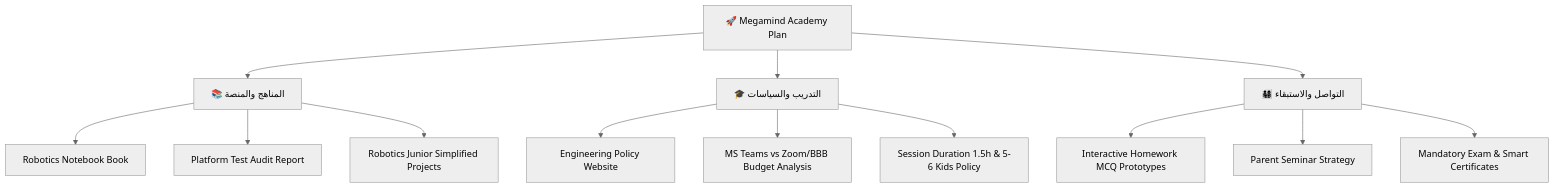
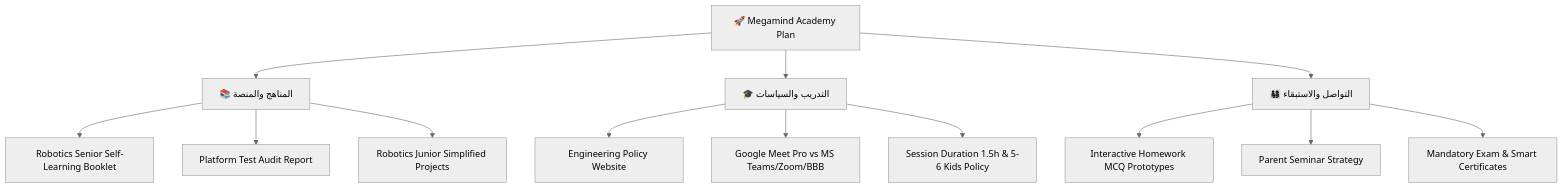
Before and after one commit to megamindAccademy/overview: the diagram in README.md, drawn with Mermaid (neutral theme). The commit also changed other lines of this file and 2 other files, not shown here.

Commit message:
Update Meeting Platforms task with empirical Google Meet Pro evaluation

````diff
--- a/README.md
+++ b/README.md
@@ -69,18 +70,18 @@
 ```mermaid
 flowchart TD
     A["🚀 Megamind Academy Plan"] --> B["📚 المناهج والمنصة"]
     A --> C["🎓 التدريب والسياسات"]
     A --> D["👨‍👩‍👧‍👦 التواصل والاستبقاء"]
     
-    B --> B1["Robotics Notebook Book"]
+    B --> B1["Robotics Senior Self-Learning Booklet"]
     B --> B2["Platform Test Audit Report"]
     B --> B3["Robotics Junior Simplified Projects"]
     
     C --> C1["Engineering Policy Website"]
-    C --> C2["MS Teams vs Zoom/BBB Budget Analysis"]
+    C --> C2["Google Meet Pro vs MS Teams/Zoom/BBB"]
     C --> C3["Session Duration 1.5h & 5-6 Kids Policy"]
     
     D --> D1["Interactive Homework MCQ Prototypes"]
     D --> D2["Parent Seminar Strategy"]
     D --> D3["Mandatory Exam & Smart Certificates"]
 ```
````
